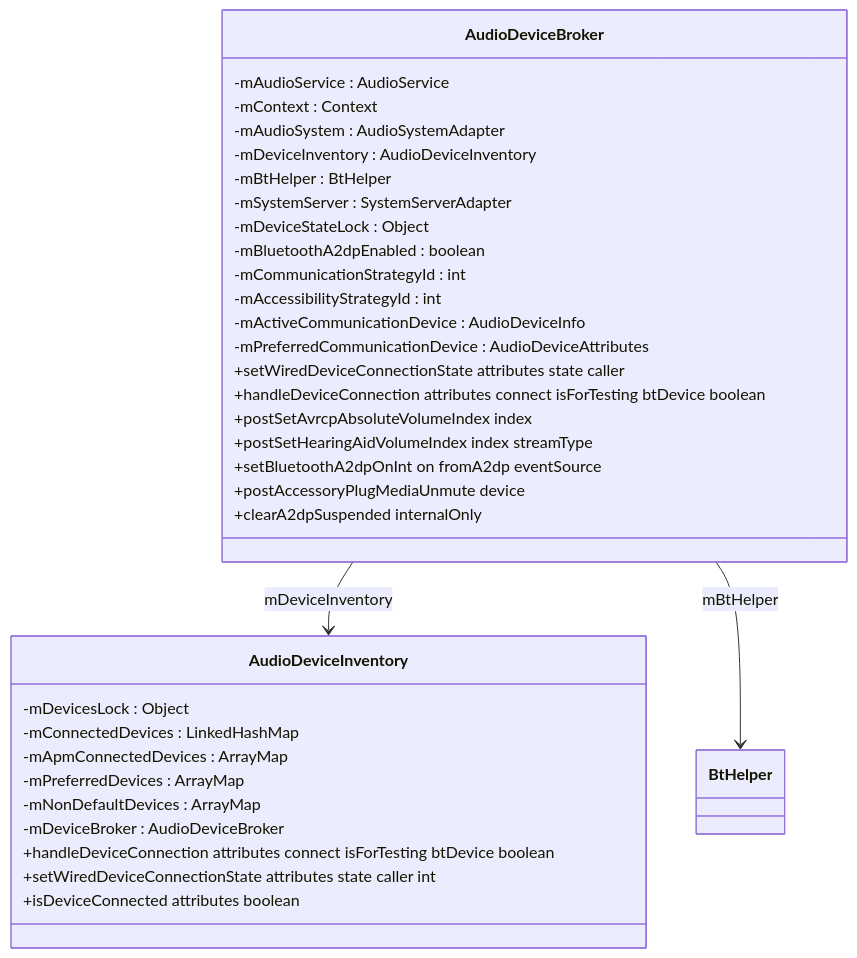
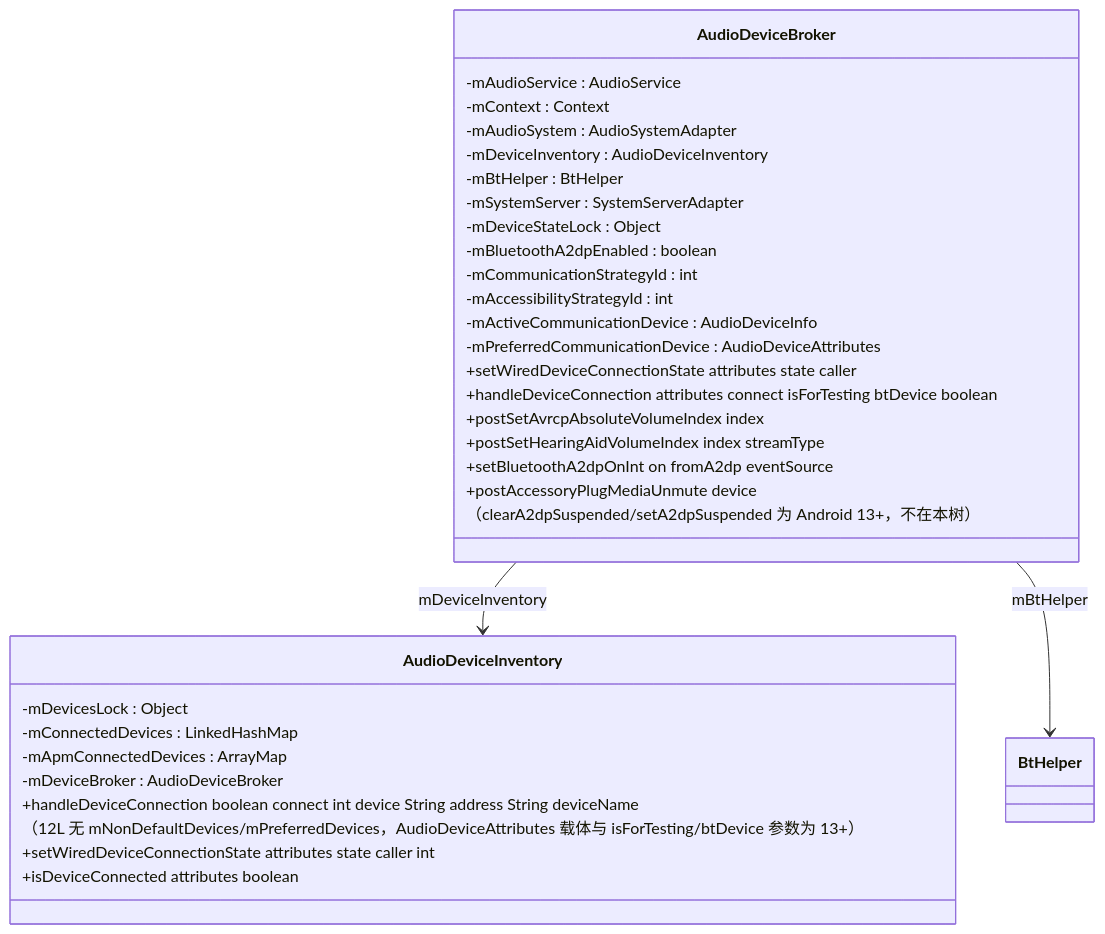
Before and after one commit to yanglinzhen1022/SA8295_AAOS_QNX_Audio_KnowledgeBase: the second of 8 diagrams in 13_Volume_Device_Deep_Dive/13_13.2_Device状态机.md, drawn with Mermaid. The commit also changed other lines of this file and 58 other files, not shown here.

````diff
--- a/13_Volume_Device_Deep_Dive/13_13.2_Device状态机.md
+++ b/13_Volume_Device_Deep_Dive/13_13.2_Device状态机.md
@@ -46,39 +46,38 @@
 ```mermaid
 classDiagram
     class AudioDeviceBroker {
         -mAudioService : AudioService
         -mContext : Context
         -mAudioSystem : AudioSystemAdapter
         -mDeviceInventory : AudioDeviceInventory
         -mBtHelper : BtHelper
         -mSystemServer : SystemServerAdapter
         -mDeviceStateLock : Object
         -mBluetoothA2dpEnabled : boolean
         -mCommunicationStrategyId : int
         -mAccessibilityStrategyId : int
         -mActiveCommunicationDevice : AudioDeviceInfo
         -mPreferredCommunicationDevice : AudioDeviceAttributes
         +setWiredDeviceConnectionState attributes state caller
         +handleDeviceConnection attributes connect isForTesting btDevice boolean
         +postSetAvrcpAbsoluteVolumeIndex index
         +postSetHearingAidVolumeIndex index streamType
         +setBluetoothA2dpOnInt on fromA2dp eventSource
         +postAccessoryPlugMediaUnmute device
-        +clearA2dpSuspended internalOnly
+        （clearA2dpSuspended/setA2dpSuspended 为 Android 13+，不在本树）
     }
     
     class AudioDeviceInventory {
         -mDevicesLock : Object
         -mConnectedDevices : LinkedHashMap
         -mApmConnectedDevices : ArrayMap
-        -mPreferredDevices : ArrayMap
-        -mNonDefaultDevices : ArrayMap
         -mDeviceBroker : AudioDeviceBroker
-        +handleDeviceConnection attributes connect isForTesting btDevice boolean
+        +handleDeviceConnection boolean connect int device String address String deviceName
+        （12L 无 mNonDefaultDevices/mPreferredDevices，AudioDeviceAttributes 载体与 isForTesting/btDevice 参数为 13+）
         +setWiredDeviceConnectionState attributes state caller int
         +isDeviceConnected attributes boolean
     }
     
     AudioDeviceBroker --> AudioDeviceInventory : mDeviceInventory
     AudioDeviceBroker --> BtHelper : mBtHelper
 ```
````
